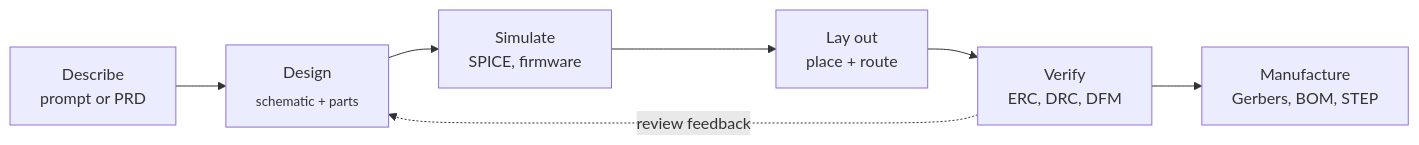
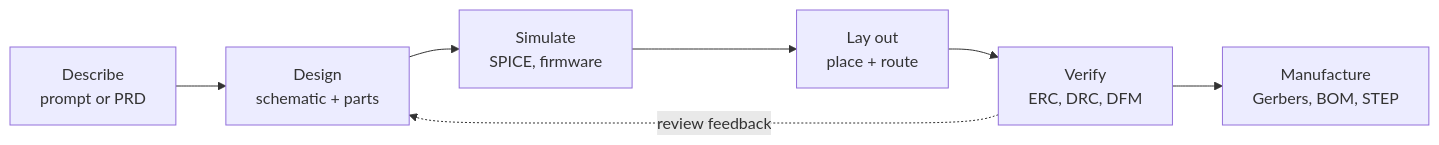
One commit to srinivasan-fh/si-eda changed the diagram in README.md. Above: the diagram before and after it, drawn with Mermaid.

Commit message:
Docs: plain Mermaid labels in the README flowchart
Claude-Session: https://claude.ai/code/session_01EQJ14gq3xKdudtkFyqG7H2

````diff
--- a/README.md
+++ b/README.md
@@ -67,9 +67,9 @@
 ```mermaid
 flowchart LR
-    A["Describe<br/>prompt or PRD"] --> B["Design<br/><sub>schematic + parts</sub>"]
+    A["Describe<br/>prompt or PRD"] --> B["Design<br/>schematic + parts"]
     B --> C["Simulate<br/>SPICE, firmware"]
     C --> D["Lay out<br/>place + route"]
     D --> E["Verify<br/>ERC, DRC, DFM"]
     E --> F["Manufacture<br/>Gerbers, BOM, STEP"]
     E -. "review feedback" .-> B
 ```
````
